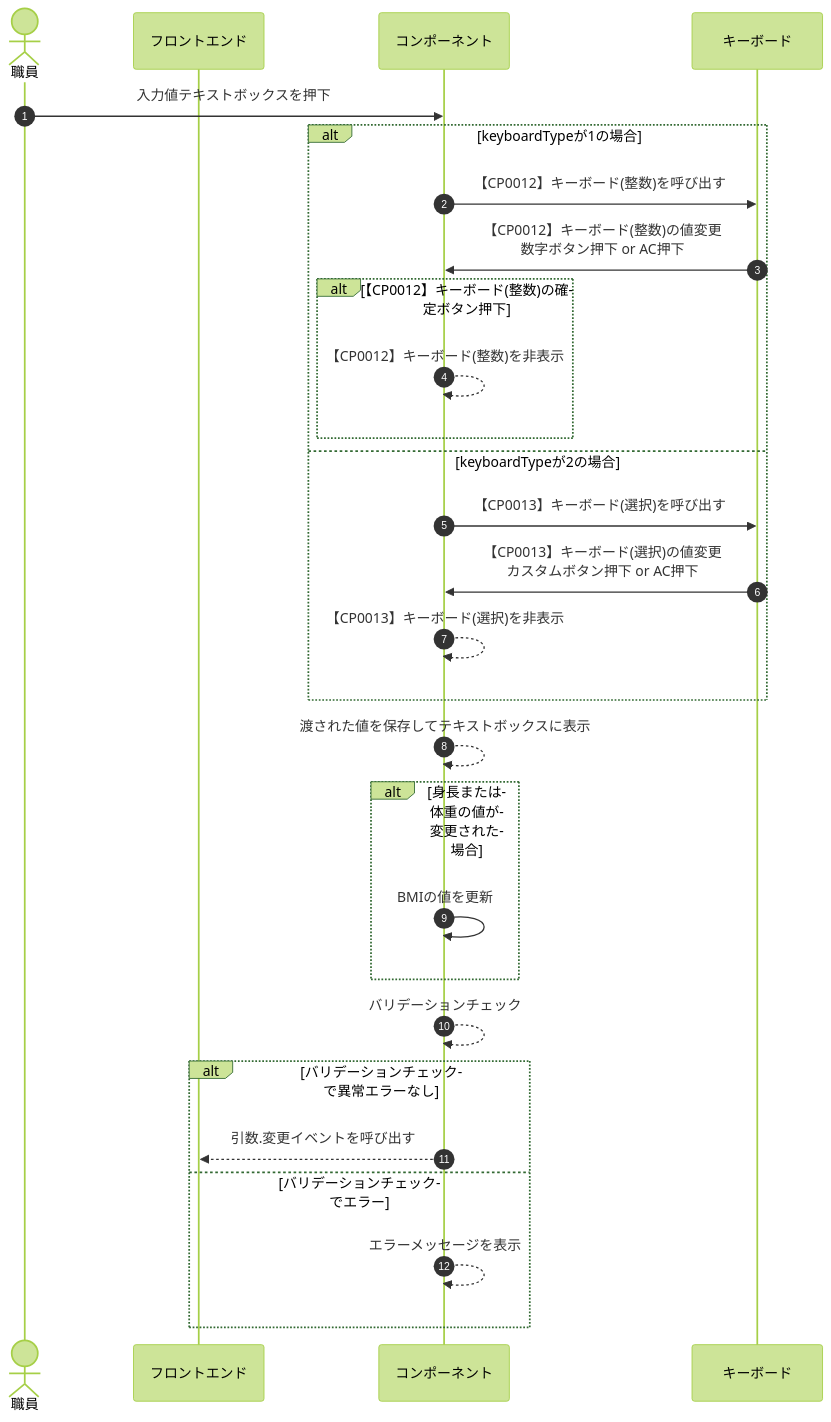
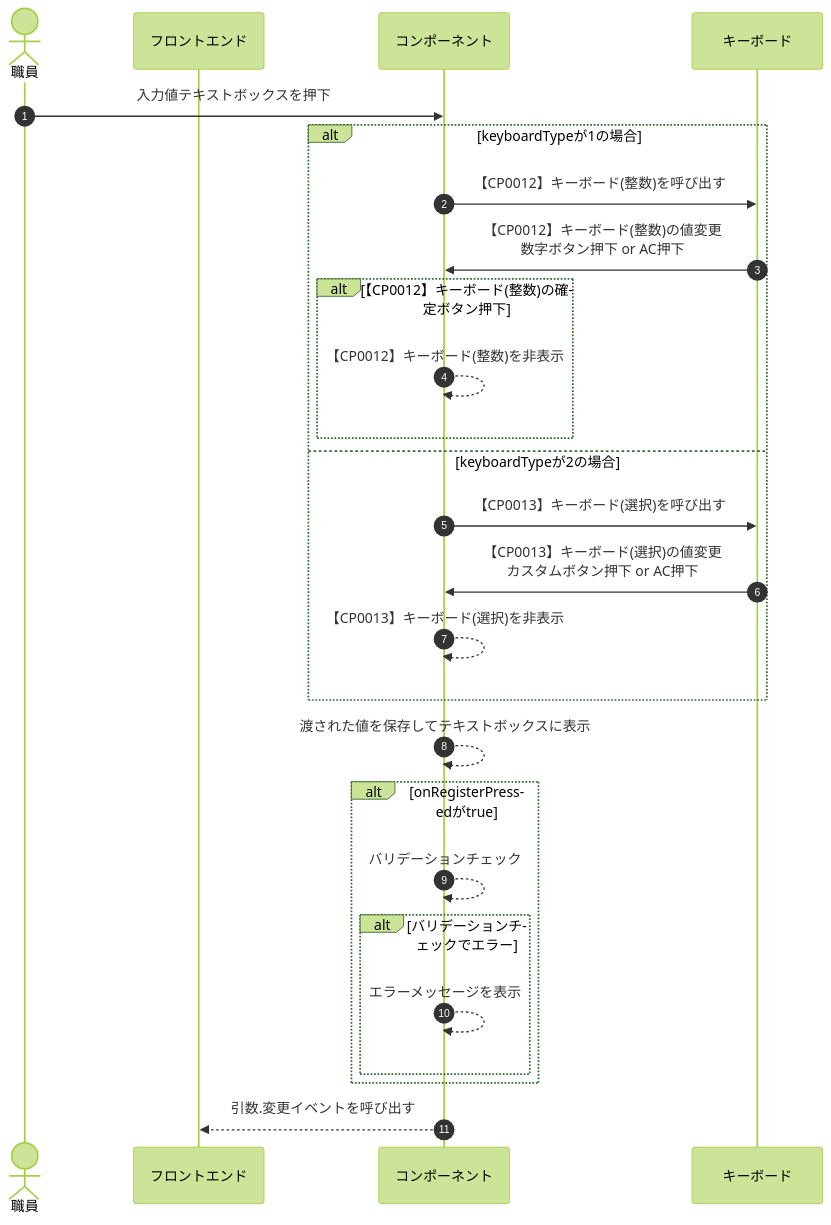
The diagram in Documents/UI設計書/src/docs/コンポーネント/CP1001_検査項目グループ_検査：数値/CP1001-TextboxPressed.mmd (MrWangpeilin945/FlutterIOS), drawn with Mermaid before and after one commit. The commit also changed other lines of this file and 22 other files, not shown here.

Commit message:
シーケンス図を修正

```diff
--- a/Documents/UI設計書/src/docs/コンポーネント/CP1001_検査項目グループ_検査：数値/CP1001-TextboxPressed.mmd
+++ b/Documents/UI設計書/src/docs/コンポーネント/CP1001_検査項目グループ_検査：数値/CP1001-TextboxPressed.mmd
@@ -1,30 +1,28 @@
 %%{init:{'theme':'forest'}}%%
 sequenceDiagram
 autonumber
   actor User as 職員
   participant FE as フロントエンド
   participant KN as コンポーネント
   participant Key as キーボード
 
   User->>KN:入力値テキストボックスを押下
   alt keyboardTypeが1の場合
   KN->>Key:【CP0012】キーボード(整数)を呼び出す
   Key->>KN:【CP0012】キーボード(整数)の値変更<br>数字ボタン押下 or AC押下
   alt 【CP0012】キーボード(整数)の確定ボタン押下
   KN-->>KN:【CP0012】キーボード(整数)を非表示
   end
   else keyboardTypeが2の場合
   KN->>Key:【CP0013】キーボード(選択)を呼び出す
   Key->>KN:【CP0013】キーボード(選択)の値変更<br>カスタムボタン押下 or AC押下
   KN-->>KN:【CP0013】キーボード(選択)を非表示
   end
   KN-->>KN:渡された値を保存してテキストボックスに表示
-  alt 身長または体重の値が変更された場合
-  KN->>KN:BMIの値を更新
-  end
+  alt onRegisterPressedがtrue
   KN-->>KN:バリデーションチェック
-  alt バリデーションチェックで異常エラーなし
-  KN-->>FE:引数.変更イベントを呼び出す
-  else バリデーションチェックでエラー
+  alt バリデーションチェックでエラー
   KN-->>KN:エラーメッセージを表示 
   end
+  end
+  KN-->>FE:引数.変更イベントを呼び出す
```
